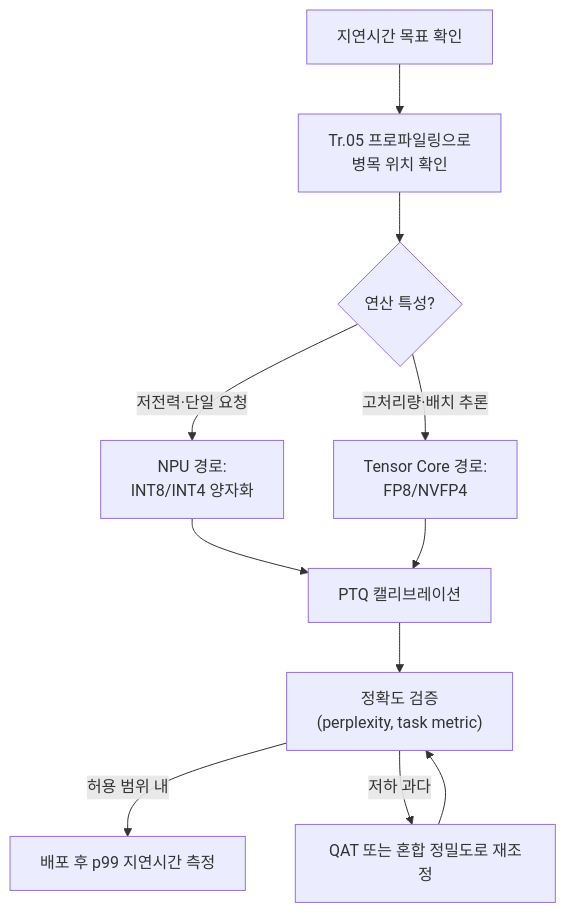
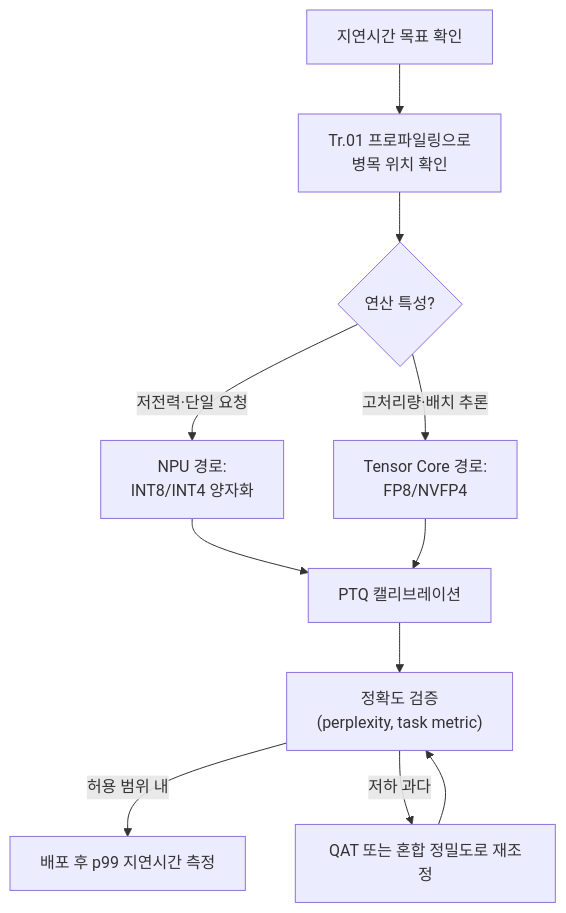
Before and after one commit to 42jerrykim/42jerrykim.github.io: the diagram in content/collection/optimization-08-optimization-techniques/17-ai-inference-optimization/index.md, drawn with Mermaid. The commit also changed other lines of this file and 661 other files, not shown here.

````diff
--- a/content/collection/optimization-08-optimization-techniques/17-ai-inference-optimization/index.md
+++ b/content/collection/optimization-08-optimization-techniques/17-ai-inference-optimization/index.md
@@ -71,13 +71,13 @@
 ```mermaid
 flowchart TD
-  start["지연시간 목표 확인"] --> profile["Tr.05 프로파일링으로</br>병목 위치 확인"]
+  start["지연시간 목표 확인"] --> profile["Tr.01 프로파일링으로</br>병목 위치 확인"]
   profile --> device{"연산 특성?"}
   device -->|"저전력·단일 요청"| npuPath["NPU 경로:</br>INT8/INT4 양자화"]
   device -->|"고처리량·배치 추론"| gpuPath["Tensor Core 경로:</br>FP8/NVFP4"]
   npuPath --> calibrate["PTQ 캘리브레이션"]
   gpuPath --> calibrate
   calibrate --> verify["정확도 검증</br>(perplexity, task metric)"]
   verify -->|"허용 범위 내"| deploy["배포 후 p99 지연시간 측정"]
   verify -->|"저하 과다"| qat["QAT 또는 혼합 정밀도로 재조정"]
   qat --> verify
 ```
````
